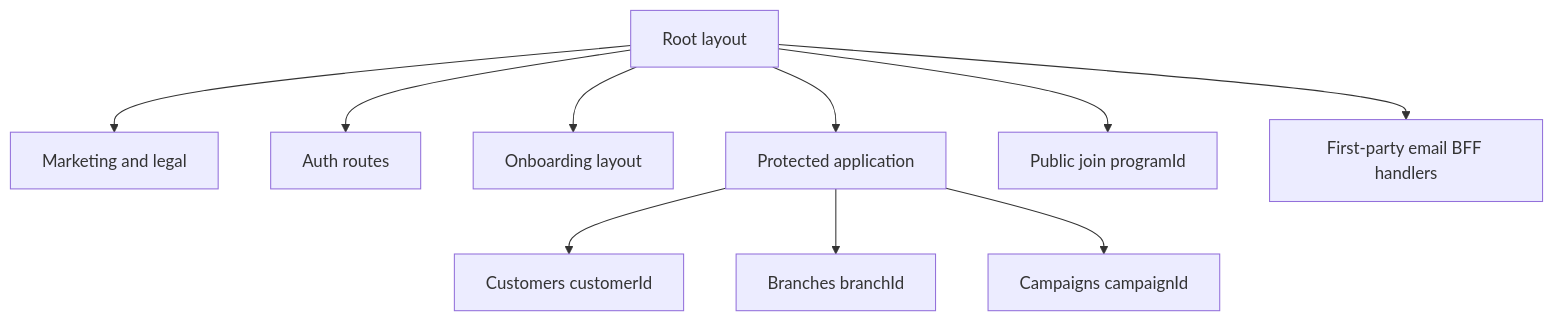
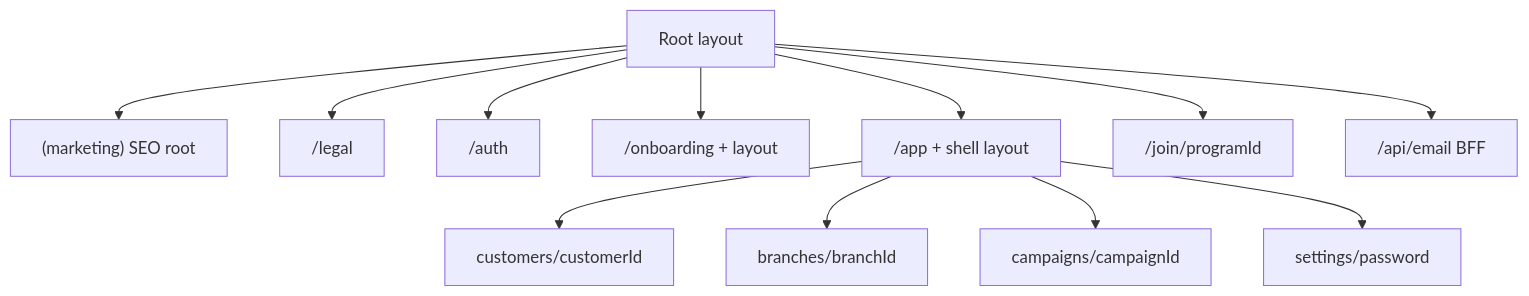
Before and after one commit to Ali-sherif/loyollo-web: the diagram in docs/frontend/02-route-migration.md, drawn with Mermaid. The commit also changed other lines of this file and 10 other files, not shown here.

Commit message:
docs: approve production route map and update architecture documentation to reflect finalized routing decisions, including restructuring for Next.js migration

````diff
--- a/docs/frontend/02-route-migration.md
+++ b/docs/frontend/02-route-migration.md
@@ -64,12 +112,14 @@
 ```mermaid
 flowchart TD
-  Root[Root layout] --> Marketing[Marketing and legal]
-  Root --> Auth[Auth routes]
-  Root --> Onboarding[Onboarding layout]
-  Root --> App[Protected application]
-  Root --> Join[Public join programId]
-  Root --> Api[First-party email BFF handlers]
-  App --> Customers[Customers customerId]
-  App --> Branches[Branches branchId]
-  App --> Campaigns[Campaigns campaignId]
+  Root[Root layout] --> Marketing["(marketing) SEO root"]
+  Root --> Legal["/legal"]
+  Root --> Auth["/auth"]
+  Root --> Onboarding["/onboarding + layout"]
+  Root --> AppShell["/app + shell layout"]
+  Root --> Join["/join/programId"]
+  Root --> Api["/api/email BFF"]
+  AppShell --> Customers["customers/customerId"]
+  AppShell --> Branches["branches/branchId"]
+  AppShell --> Campaigns["campaigns/campaignId"]
+  AppShell --> Settings["settings/password"]
 ```
````
